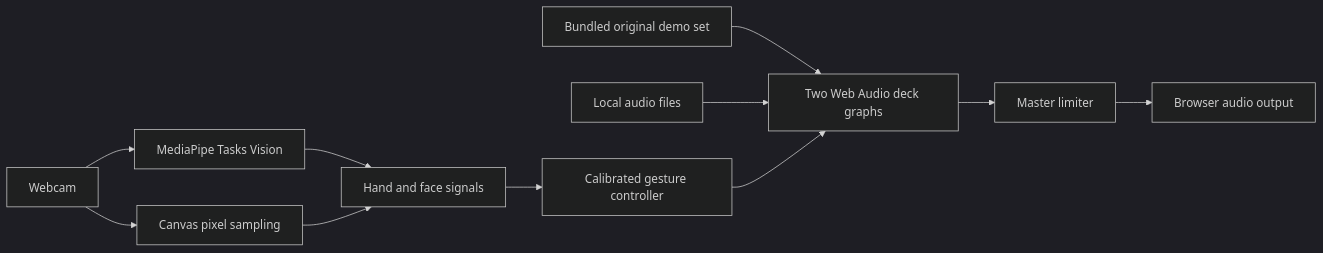
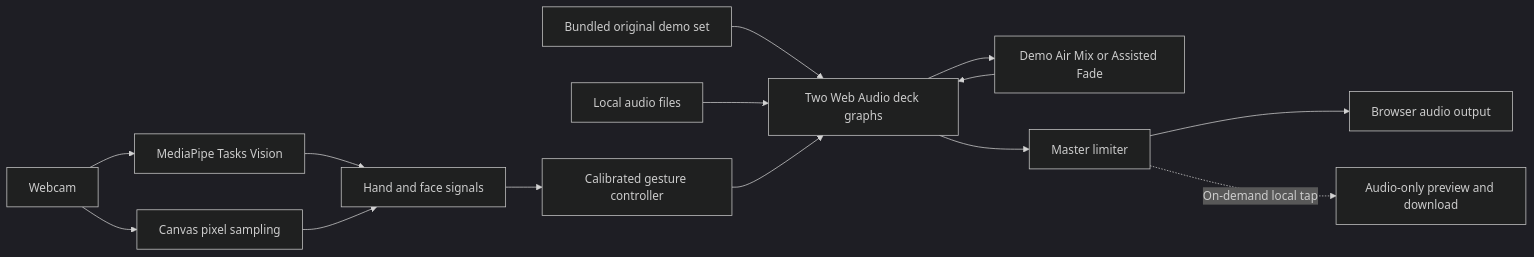
Before and after one commit to kaantaskentt/conductor-vision: the diagram in README.md, drawn with Mermaid (dark theme). The commit also changed other lines of this file and 24 other files, not shown here.

Commit message:
feat: add Air Mix and local replay

````diff
--- a/README.md
+++ b/README.md
@@ -92,13 +95,16 @@
 ```mermaid
 flowchart LR
   Camera["Webcam"] --> Vision["MediaPipe Tasks Vision"]
   Vision --> Signals["Hand and face signals"]
   Camera --> Pixels["Canvas pixel sampling"]
   Pixels --> Signals
   Demo["Bundled original demo set"] --> Decks["Two Web Audio deck graphs"]
   Files["Local audio files"] --> Decks
   Signals --> Gestures["Calibrated gesture controller"]
   Gestures --> Decks
+  Decks --> Transition["Demo Air Mix or Assisted Fade"]
+  Transition --> Decks
   Decks --> Limiter["Master limiter"]
   Limiter --> Output["Browser audio output"]
+  Limiter -. On-demand local tap .-> Replay["Audio-only preview and download"]
 ```
````
